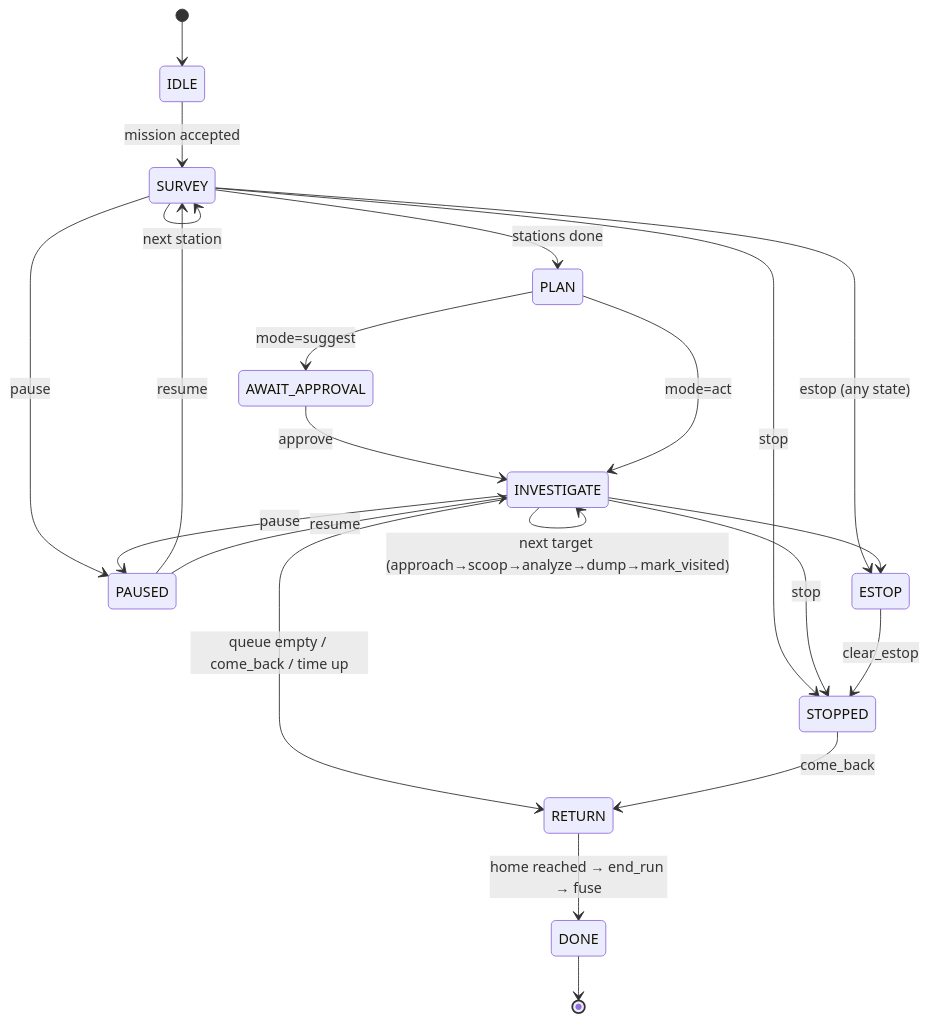
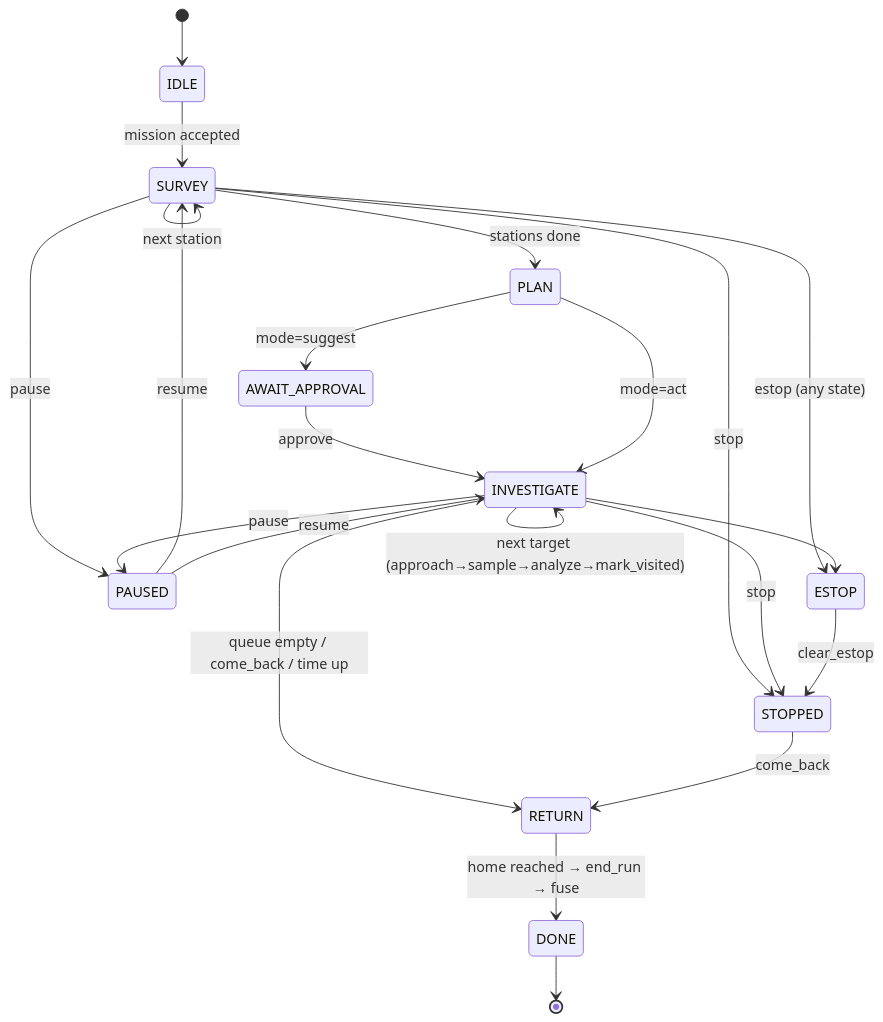
One commit to rohanb123/autonomous-rover changed the diagram in docs/00-overview-and-contracts.md. Above: the diagram before and after it, drawn with Mermaid. The commit also changed other lines of this file and 25 other files, not shown here.

First line of the commit message:
CONTRACT 1.5.0 -> 2.0.0: scrap the scoop, add a `sample` op and `range_m`

````diff
--- a/docs/00-overview-and-contracts.md
+++ b/docs/00-overview-and-contracts.md
@@ -383,25 +382,25 @@
 ```mermaid
 stateDiagram-v2
   [*] --> IDLE
   IDLE --> SURVEY: mission accepted
   SURVEY --> SURVEY: next station
   SURVEY --> PLAN: stations done
   PLAN --> AWAIT_APPROVAL: mode=suggest
   AWAIT_APPROVAL --> INVESTIGATE: approve
   PLAN --> INVESTIGATE: mode=act
-  INVESTIGATE --> INVESTIGATE: next target (approach→scoop→analyze→dump→mark_visited)
+  INVESTIGATE --> INVESTIGATE: next target (approach→sample→analyze→mark_visited)
   INVESTIGATE --> RETURN: queue empty / come_back / time up
   RETURN --> DONE: home reached → end_run → fuse
   SURVEY --> PAUSED: pause
   INVESTIGATE --> PAUSED: pause
   PAUSED --> SURVEY: resume
   PAUSED --> INVESTIGATE: resume
   SURVEY --> STOPPED: stop
   INVESTIGATE --> STOPPED: stop
   STOPPED --> RETURN: come_back
   state ESTOP
   SURVEY --> ESTOP: estop (any state)
   INVESTIGATE --> ESTOP
   ESTOP --> STOPPED: clear_estop
   DONE --> [*]
 ```
````
